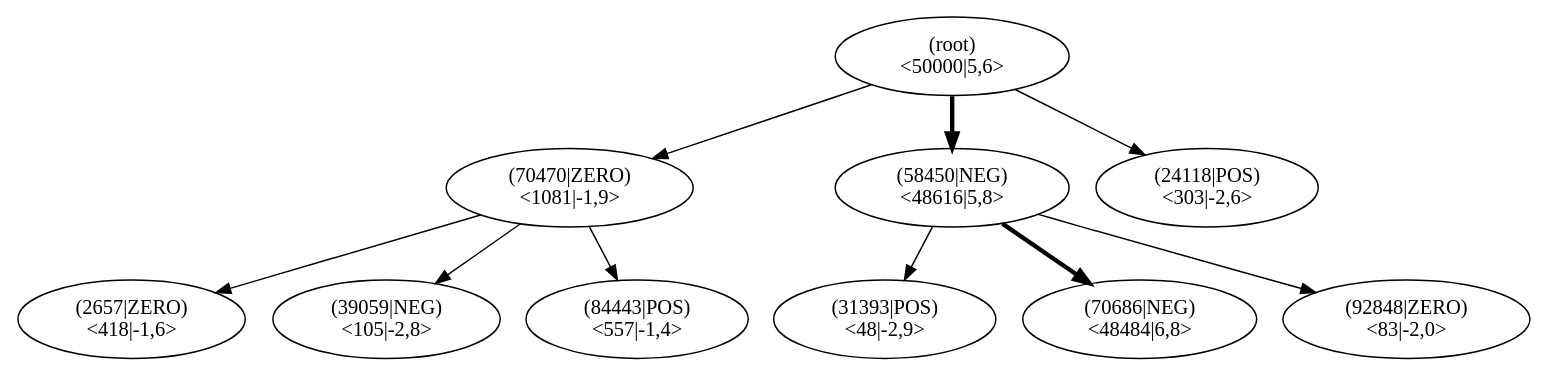
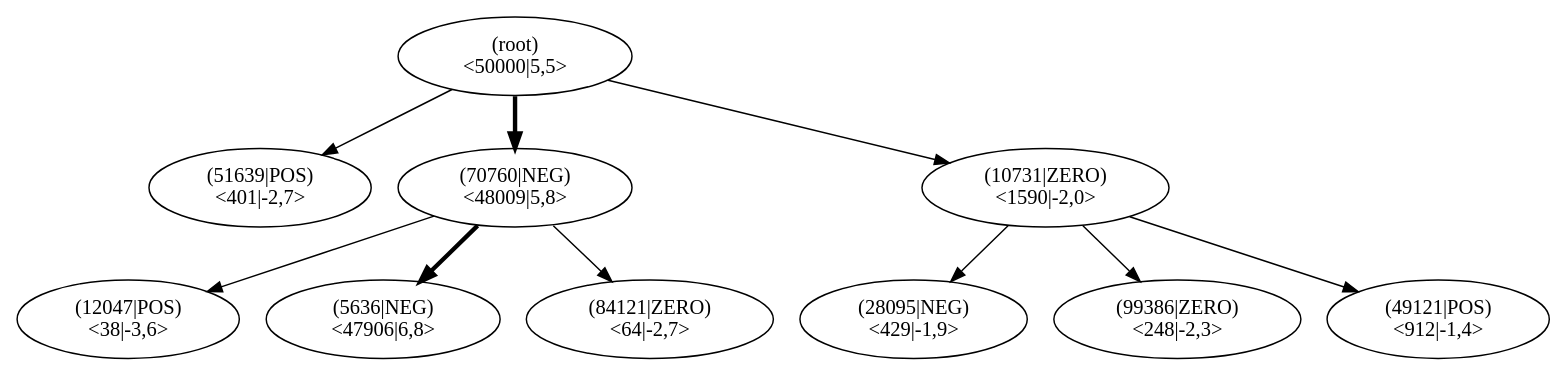
The diagram in pictures/ch13/lane_test_mcts.dot (JonasHellgren/relexp-java), drawn with Graphviz before and after one commit. The commit also changed 13 other files, not shown here.

```diff
--- a/pictures/ch13/lane_test_mcts.dot
+++ b/pictures/ch13/lane_test_mcts.dot
@@ -1,32 +1,32 @@
 digraph MCTS {
 node [shape=ellipse];
 Nroot [label="(root)
-<50000|5,6>"];
-Nroot -> N70470[penwidth=1];
-N70470 [label="(70470|ZERO)
-<1081|-1,9>"];
-N70470 -> N2657[penwidth=1];
-N2657 [label="(2657|ZERO)
-<418|-1,6>"];
-N70470 -> N39059[penwidth=1];
-N39059 [label="(39059|NEG)
-<105|-2,8>"];
-N70470 -> N84443[penwidth=1];
-N84443 [label="(84443|POS)
-<557|-1,4>"];
-Nroot -> N58450[penwidth=3];
-N58450 [label="(58450|NEG)
-<48616|5,8>"];
-N58450 -> N31393[penwidth=1];
-N31393 [label="(31393|POS)
-<48|-2,9>"];
-N58450 -> N70686[penwidth=3];
-N70686 [label="(70686|NEG)
-<48484|6,8>"];
-N58450 -> N92848[penwidth=1];
-N92848 [label="(92848|ZERO)
-<83|-2,0>"];
-Nroot -> N24118[penwidth=1];
-N24118 [label="(24118|POS)
-<303|-2,6>"];
+<50000|5,5>"];
+Nroot -> N51639[penwidth=1];
+N51639 [label="(51639|POS)
+<401|-2,7>"];
+Nroot -> N70760[penwidth=3];
+N70760 [label="(70760|NEG)
+<48009|5,8>"];
+N70760 -> N12047[penwidth=1];
+N12047 [label="(12047|POS)
+<38|-3,6>"];
+N70760 -> N5636[penwidth=3];
+N5636 [label="(5636|NEG)
+<47906|6,8>"];
+N70760 -> N84121[penwidth=1];
+N84121 [label="(84121|ZERO)
+<64|-2,7>"];
+Nroot -> N10731[penwidth=1];
+N10731 [label="(10731|ZERO)
+<1590|-2,0>"];
+N10731 -> N28095[penwidth=1];
+N28095 [label="(28095|NEG)
+<429|-1,9>"];
+N10731 -> N99386[penwidth=1];
+N99386 [label="(99386|ZERO)
+<248|-2,3>"];
+N10731 -> N49121[penwidth=1];
+N49121 [label="(49121|POS)
+<912|-1,4>"];
 }
```
